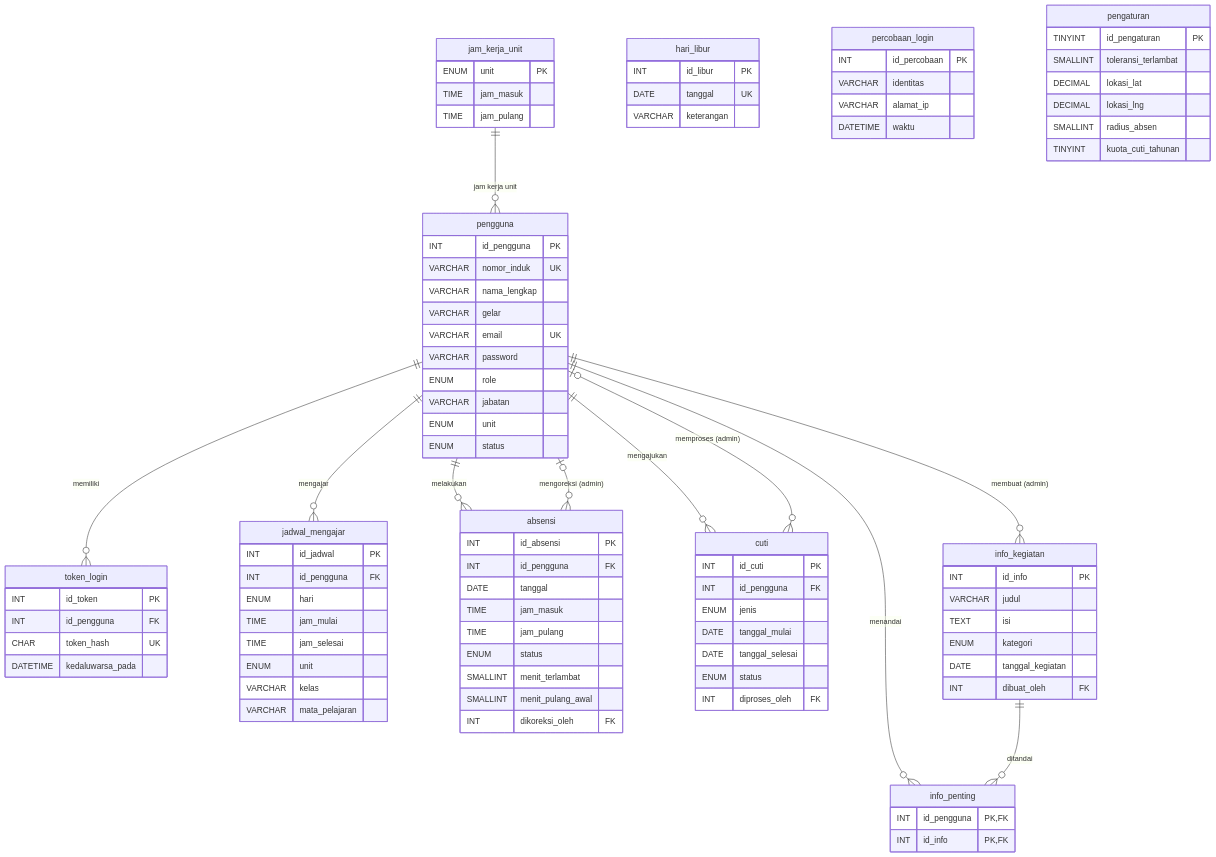
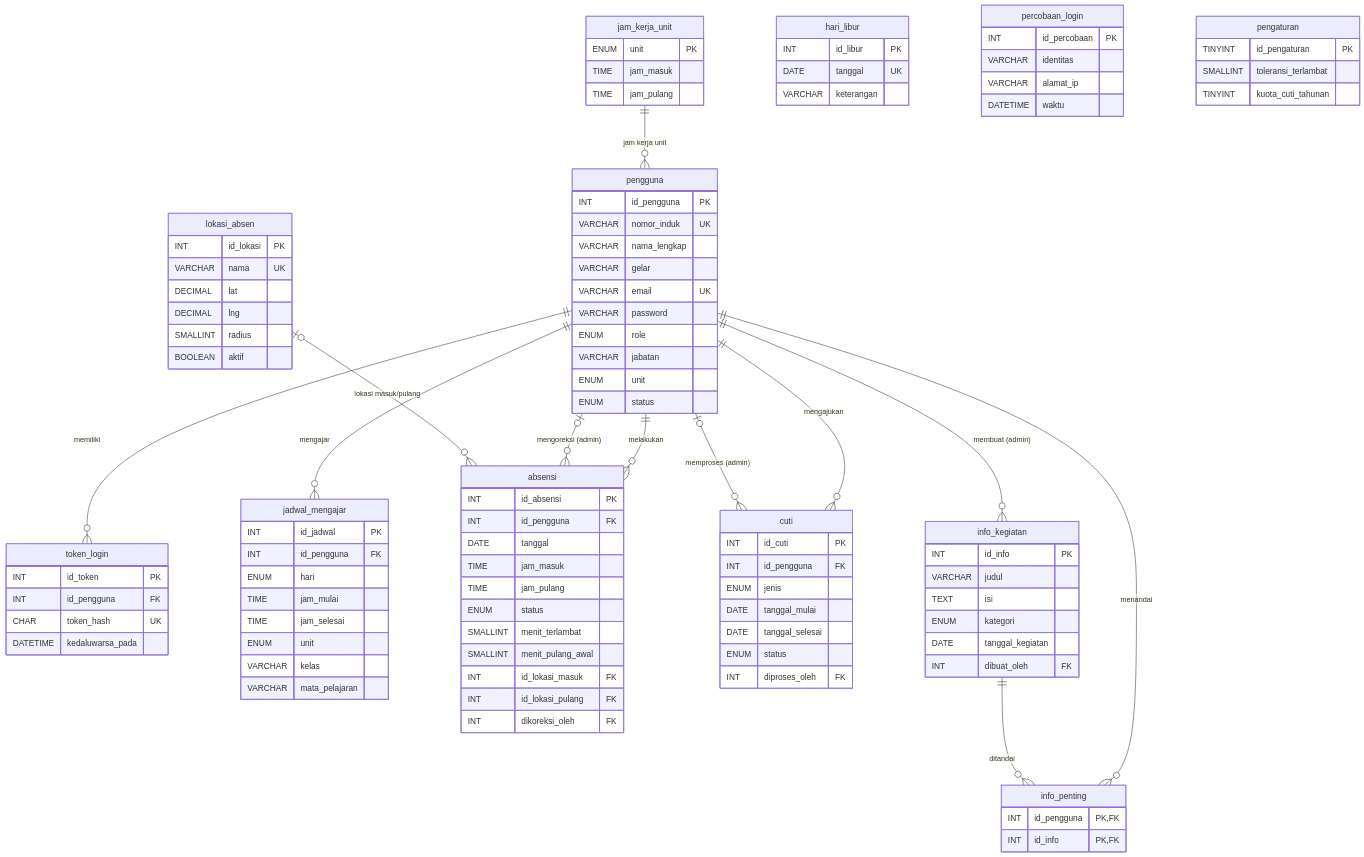
The diagram in database/README.md (pentest-acc/kepegawaian-guru), drawn with Mermaid before and after one commit. The commit also changed other lines of this file and 2 other files, not shown here.

First line of the commit message:
Database: banyak lokasi absen (tabel lokasi_absen)

````diff
--- a/database/README.md
+++ b/database/README.md
@@ -21,6 +21,7 @@
     pengguna |o--o{ absensi : "mengoreksi (admin)"
     pengguna |o--o{ cuti : "memproses (admin)"
     jam_kerja_unit ||--o{ pengguna : "jam kerja unit"
+    lokasi_absen |o--o{ absensi : "lokasi masuk/pulang"
 
     pengguna {
         INT id_pengguna PK
@@ -71,7 +72,17 @@
         ENUM status
         SMALLINT menit_terlambat
         SMALLINT menit_pulang_awal
+        INT id_lokasi_masuk FK
+        INT id_lokasi_pulang FK
         INT dikoreksi_oleh FK
+    }
+    lokasi_absen {
+        INT id_lokasi PK
+        VARCHAR nama UK
+        DECIMAL lat
+        DECIMAL lng
+        SMALLINT radius
+        BOOLEAN aktif
     }
     cuti {
         INT id_cuti PK
@@ -101,9 +112,6 @@
     pengaturan {
         TINYINT id_pengaturan PK
         SMALLINT toleransi_terlambat
-        DECIMAL lokasi_lat
-        DECIMAL lokasi_lng
-        SMALLINT radius_absen
         TINYINT kuota_cuti_tahunan
     }
 ```
````
